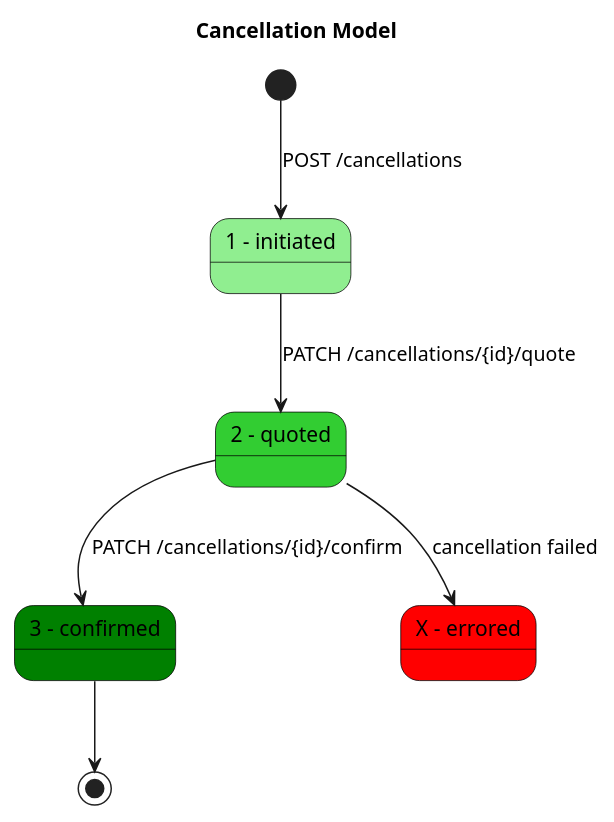
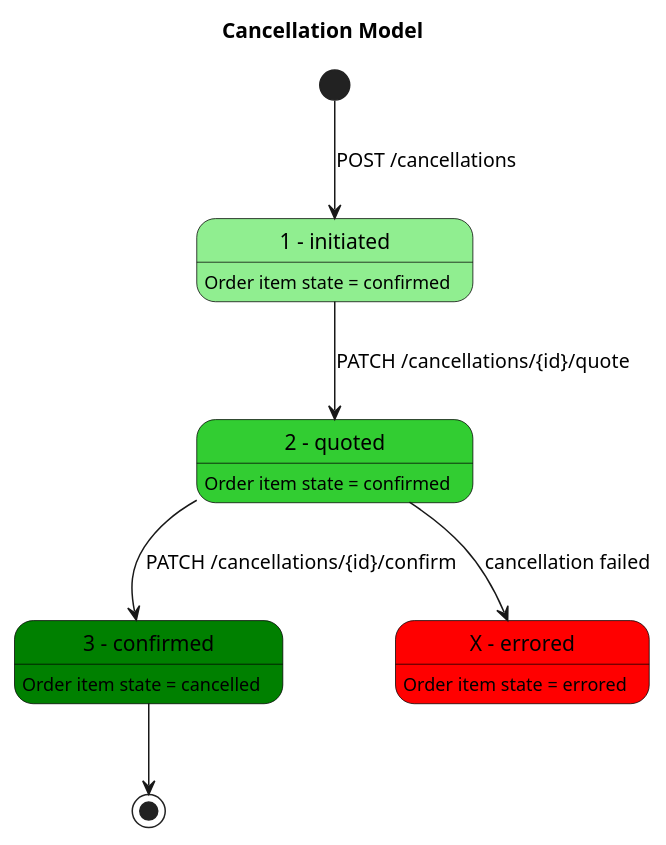
Before and after one commit to loco2/locohub-api-documentation: the diagram in plantUML/cancellation_state_diagram.puml, drawn with PlantUML.

Commit message:
Add order item state during cancellation flow

```diff
--- a/plantUML/cancellation_state_diagram.puml
+++ b/plantUML/cancellation_state_diagram.puml
@@ -1,29 +1,33 @@
 @startuml
 
 ' in order to change this diagram, please got to http://www.planttext.com
 skinparam state {
   StartColor Black
   EndColor Black
   BackgroundColor LightYellow
   BackgroundColor<<Initiated>> LightGreen
   BackgroundColor<<Quoted>> LimeGreen
   BackgroundColor<<Confirmed>> Green
   BackgroundColor<<Errored>> Red
   BorderColor Black
   FontName Impact
 }
 title Cancellation Model
 state "1 - initiated" as Initiated<<Initiated>>
+Initiated: Order item state = confirmed
 state "2 - quoted" as Quoted <<Quoted>>
+Quoted: Order item state = confirmed
 state "3 - confirmed" as Confirmed <<Confirmed>>
+Confirmed: Order item state = cancelled    
 state "X - errored" as Errored <<Errored>>
+Errored: Order item state = errored    
 
 ' non nominal case
 Quoted --> Errored : cancellation failed
 
 [*] -down->Initiated: POST /cancellations
 Initiated -down-> Quoted : PATCH /cancellations/{id}/quote
 Quoted -down-> Confirmed : PATCH /cancellations/{id}/confirm
 Confirmed -down-> [*]
 
 @enduml
```
